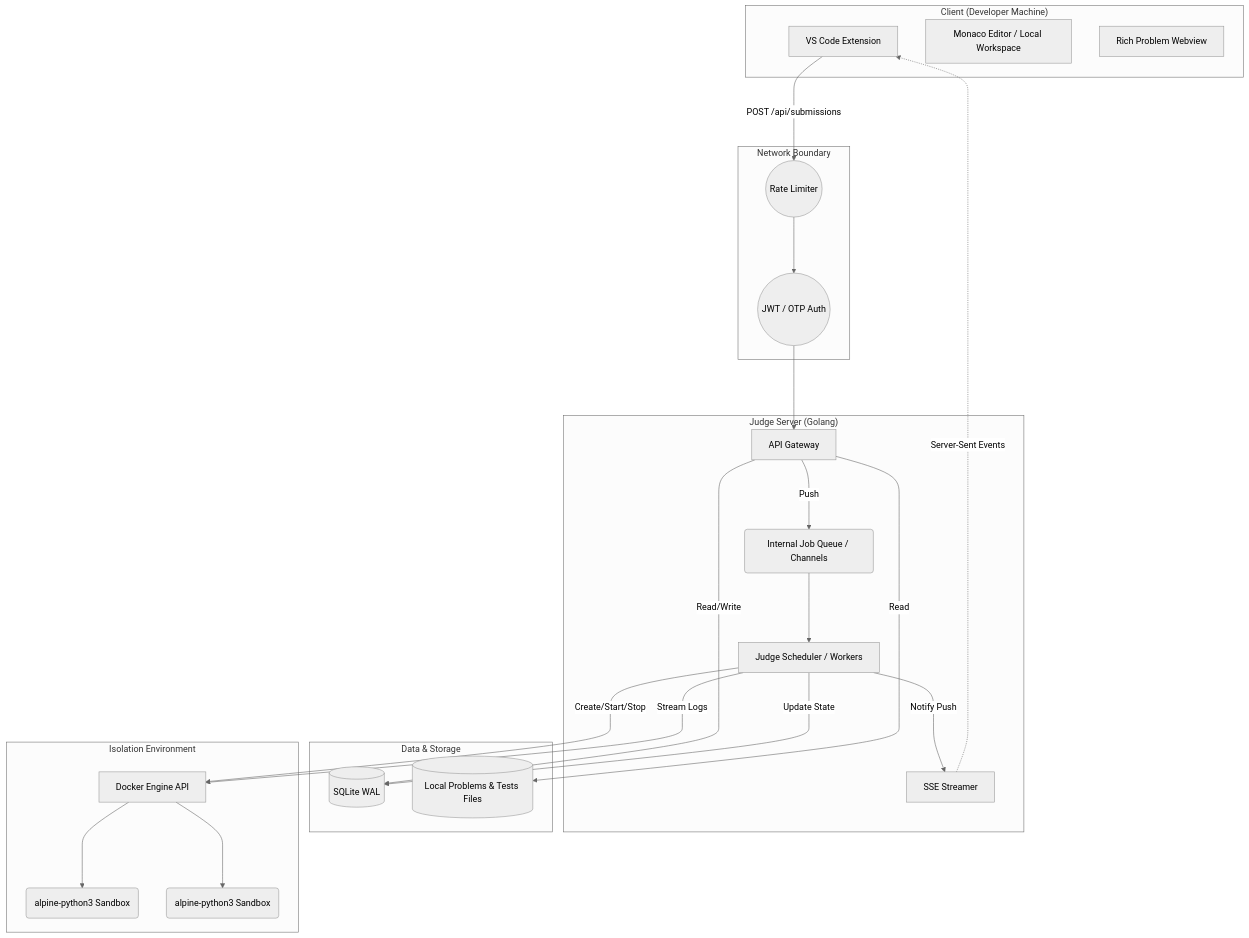
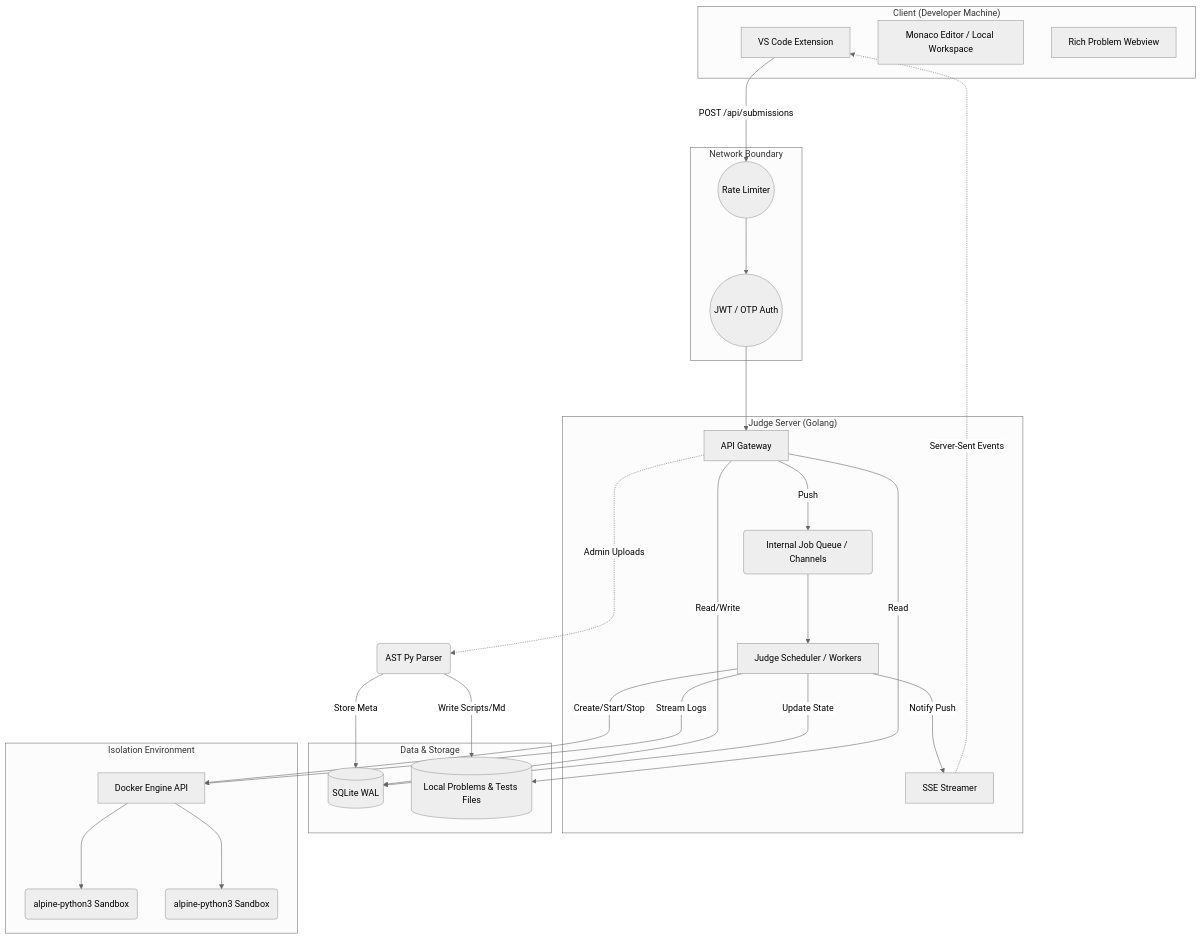
Before and after one commit to LynPtl/PtLPOJ: the diagram in docs/architecture_design.md, drawn with Mermaid (neutral theme). The commit also changed other lines of this file and 24 other files, not shown here.

````diff
--- a/docs/architecture_design.md
+++ b/docs/architecture_design.md
@@ -11,56 +11,60 @@
 ```mermaid
 graph TD
     %% Client Tier
     subgraph " Client (Developer Machine) "
         VSCode[VS Code Extension]
         Editor[Monaco Editor / Local Workspace]
         Webview[Rich Problem Webview]
     end
 
     %% Network & Auth
     subgraph " Network Boundary "
         AuthMiddleware((JWT / OTP Auth))
         RateLimiter((Rate Limiter))
     end
 
     %% Server Tier
     subgraph " Judge Server (Golang) "
         Gateway[API Gateway]
         JobQueue(Internal Job Queue / Channels)
         Scheduler[Judge Scheduler / Workers]
         SSE[SSE Streamer]
     end
 
     %% Storage Tier
     subgraph " Data & Storage "
         SQLite[(SQLite WAL)]
         FileSystem[(Local Problems & Tests Files)]
     end
 
     %% Sandbox Tier
     subgraph " Isolation Environment "
         DockerEngine[Docker Engine API]
         Container1(alpine-python3 Sandbox)
         Container2(alpine-python3 Sandbox)
     end
 
     %% Connections
     VSCode ---> | POST /api/submissions | RateLimiter
     RateLimiter ---> AuthMiddleware
     AuthMiddleware ---> Gateway
 
     SSE -.-> | Server-Sent Events | VSCode
 
     Gateway ---> | Read/Write | SQLite
     Gateway ---> | Read | FileSystem
     Gateway ---> | Push | JobQueue
+    Gateway -.-> | Admin Uploads | ASTParser
 
     JobQueue ---> Scheduler
+    ASTParser(AST Py Parser) ---> | Write Scripts/Md | FileSystem
+    ASTParser ---> | Store Meta | SQLite
+
     Scheduler ---> | Create/Start/Stop | DockerEngine
     Scheduler ---> | Stream Logs | DockerEngine
     Scheduler ---> | Update State | SQLite
     Scheduler ---> | Notify Push | SSE
 
     DockerEngine ---> Container1
     DockerEngine ---> Container2
 ```
````
